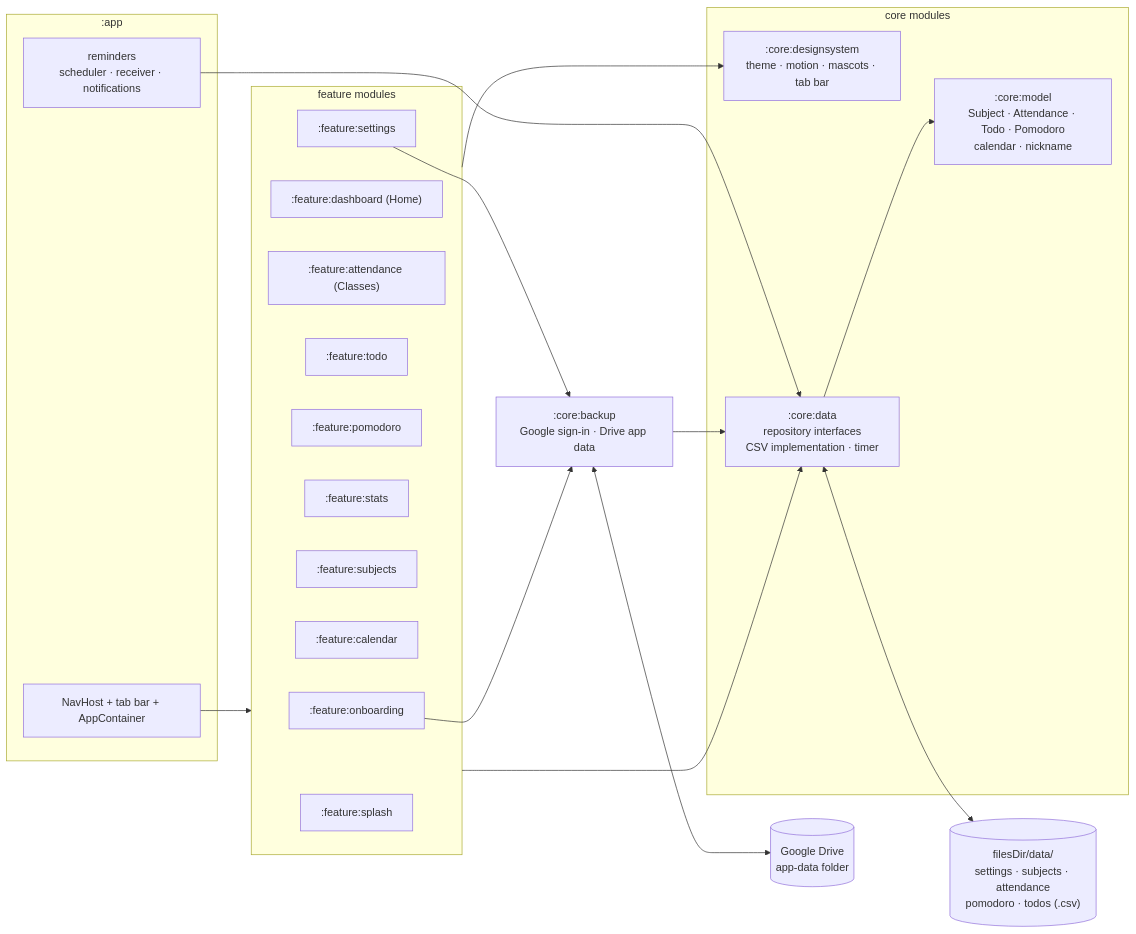
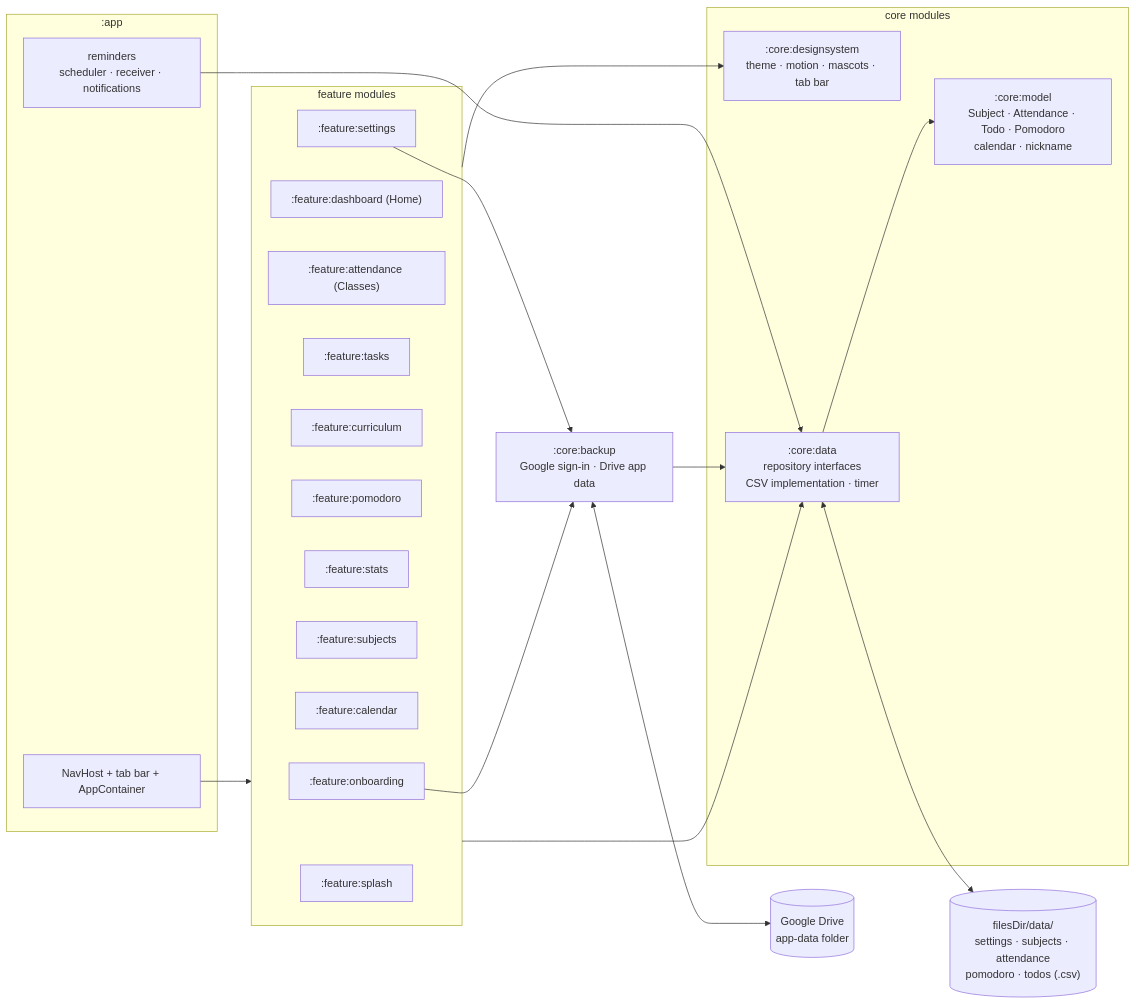
The third of 3 diagrams in docs/FLOWCHART.md (madhukarverma/attendo), drawn with Mermaid before and after one commit. The commit also changed other lines of this file and 20 other files, not shown here.

````diff
--- a/docs/FLOWCHART.md
+++ b/docs/FLOWCHART.md
@@ -57,34 +58,35 @@
 ```mermaid
 flowchart LR
     subgraph app[":app"]
         Nav[NavHost + tab bar + AppContainer]
         Rem[reminders<br/>scheduler · receiver · notifications]
     end
     subgraph features["feature modules"]
         O[":feature:onboarding"]
         Db[":feature:dashboard (Home)"]
         At[":feature:attendance (Classes)"]
-        T[":feature:todo"]
+        T[":feature:tasks"]
+        Cu[":feature:curriculum"]
         P[":feature:pomodoro"]
         St[":feature:stats"]
         S[":feature:subjects"]
         C[":feature:calendar"]
         Se[":feature:settings"]
         Sp[":feature:splash"]
     end
     subgraph core["core modules"]
         DS[":core:designsystem<br/>theme · motion · mascots · tab bar"]
         D[":core:data<br/>repository interfaces<br/>CSV implementation · timer"]
         M[":core:model<br/>Subject · Attendance · Todo · Pomodoro<br/>calendar · nickname"]
     end
     Nav --> features
     features --> DS
     features --> D
     Rem --> D
     Bk[":core:backup<br/>Google sign-in · Drive app data"] --> D
     Se --> Bk
     O --> Bk
     Bk <--> G[("Google Drive<br/>app-data folder")]
     D --> M
     D <--> CSV[("filesDir/data/<br/>settings · subjects · attendance<br/>pomodoro · todos (.csv)")]
 ```
````
